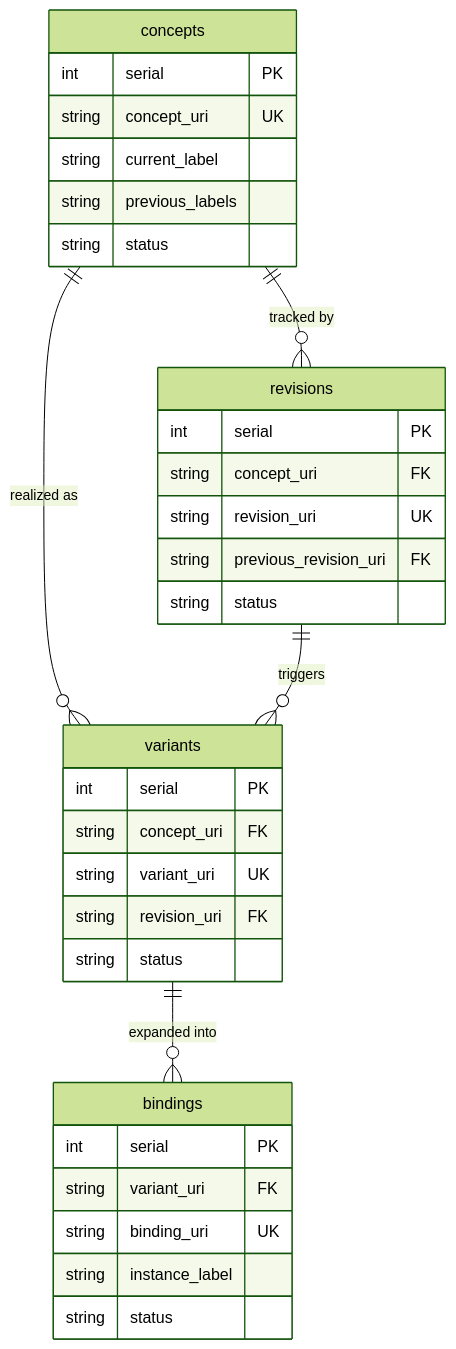
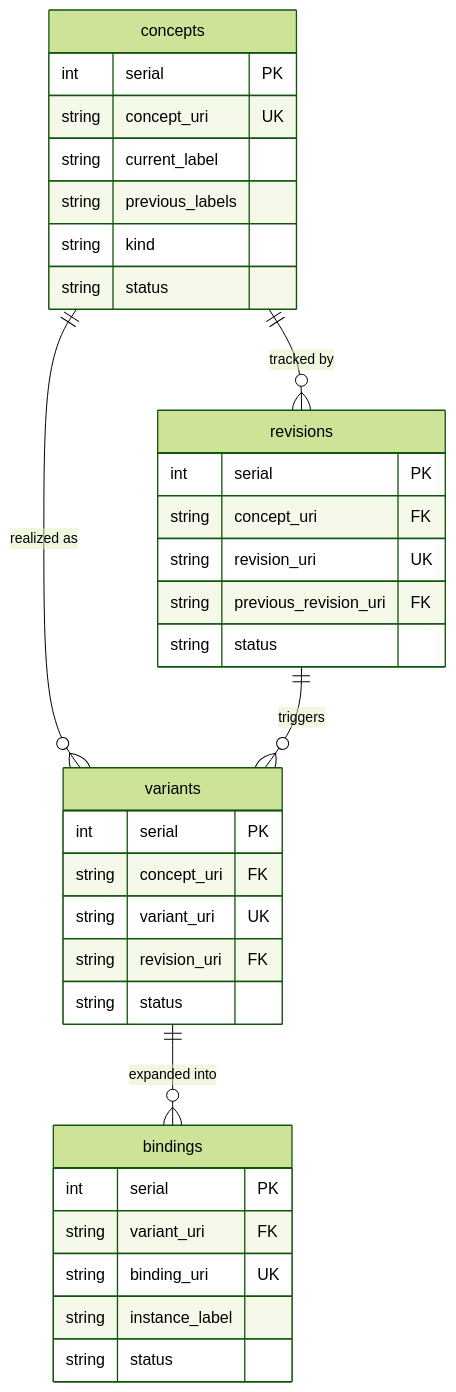
One commit to COVESA/modl changed the second of 2 diagrams in README.md. Above: the diagram before and after it, drawn with Mermaid (forest theme). The commit also changed other lines of this file and 7 other files, not shown here.

````diff
--- a/README.md
+++ b/README.md
@@ -204,36 +208,37 @@
 ```mermaid
 erDiagram
     concepts ||--o{ revisions : "tracked by"
     concepts ||--o{ variants : "realized as"
     revisions ||--o{ variants : "triggers"
     variants ||--o{ bindings : "expanded into"
 
     concepts {
         int serial PK
         string concept_uri UK
         string current_label
         string previous_labels
+        string kind
         string status
     }
     revisions {
         int serial PK
         string concept_uri FK
         string revision_uri UK
         string previous_revision_uri FK
         string status
     }
     variants {
         int serial PK
         string concept_uri FK
         string variant_uri UK
         string revision_uri FK
         string status
     }
     bindings {
         int serial PK
         string variant_uri FK
         string binding_uri UK
         string instance_label
         string status
     }
 ```
````
